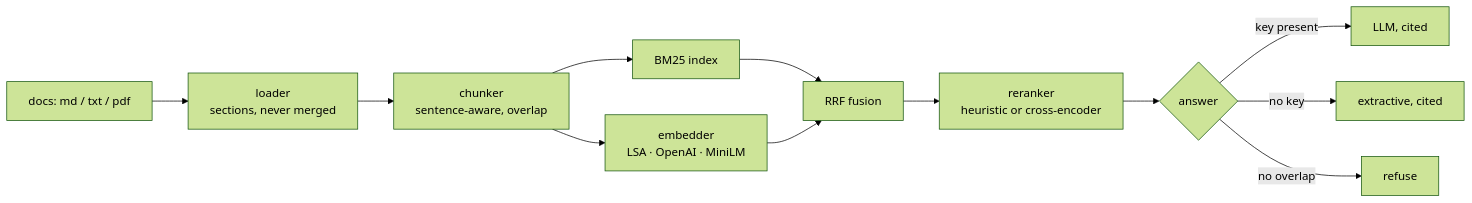
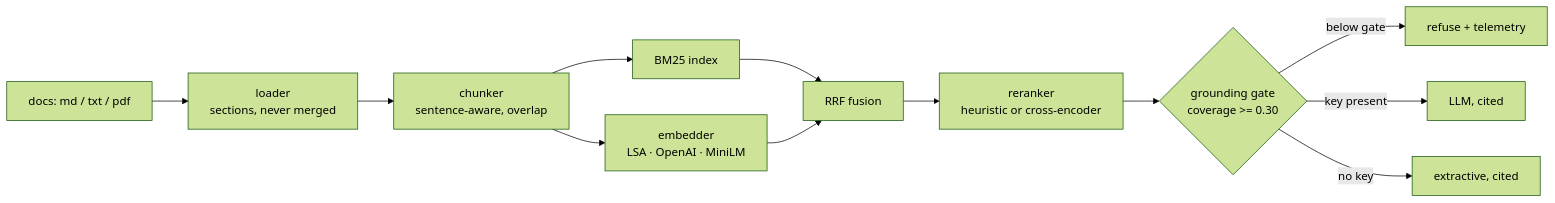
One commit to yang-2301/docmind-rag changed the diagram in README.md. Above: the diagram before and after it, drawn with Mermaid (forest theme). The commit also changed other lines of this file and 16 other files, not shown here.

First line of the commit message:
Add grounding telemetry, citation integrity fixes, new UI views and CI

````diff
--- a/README.md
+++ b/README.md
@@ -67,14 +104,14 @@
 ```mermaid
 flowchart LR
     A[docs: md / txt / pdf] --> B[loader<br/>sections, never merged]
     B --> C[chunker<br/>sentence-aware, overlap]
     C --> D[BM25 index]
     C --> E[embedder<br/>LSA · OpenAI · MiniLM]
     D --> F[RRF fusion]
     E --> F
     F --> G[reranker<br/>heuristic or cross-encoder]
-    G --> H{answer}
+    G --> H{grounding gate<br/>coverage >= 0.30}
+    H -->|below gate| K[refuse + telemetry]
     H -->|key present| I[LLM, cited]
     H -->|no key| J[extractive, cited]
-    H -->|no overlap| K[refuse]
 ```
````
